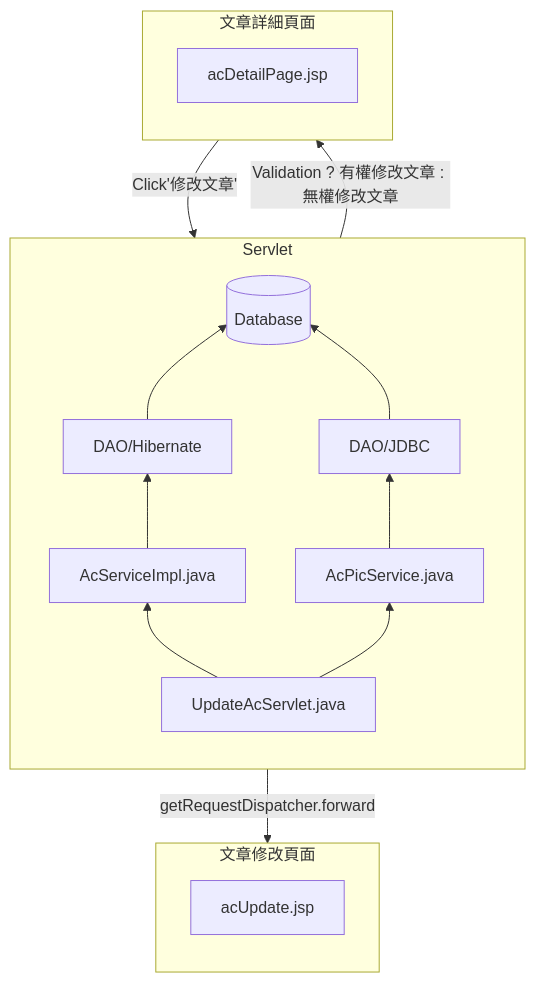
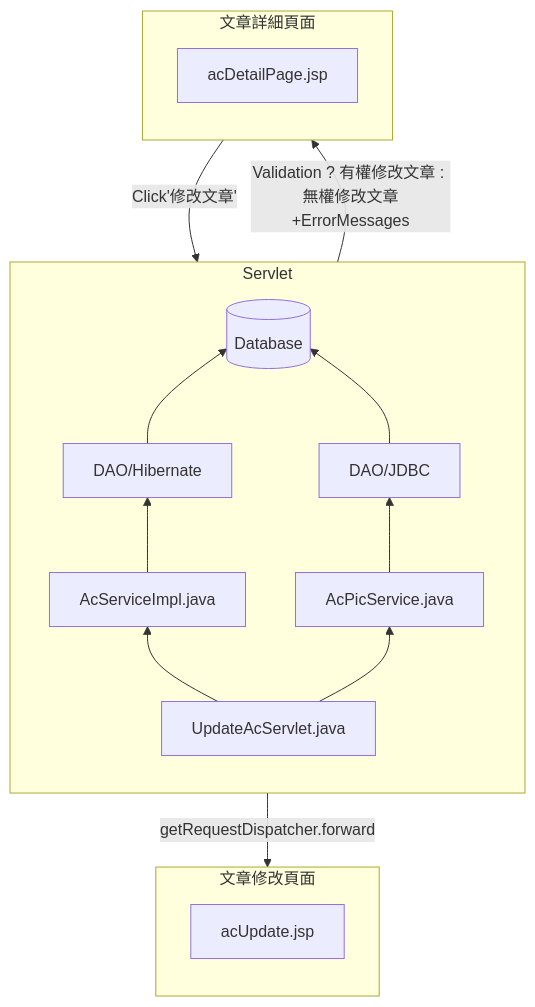
Diagram 12 of 13 in README.md (TLexYuW/CGA103G1OwnPart), drawn with Mermaid before and after one commit. The commit also changed other lines of this file, not shown here.

````diff
--- a/README.md
+++ b/README.md
@@ -290,28 +290,28 @@
 ```mermaid
 graph TB
 	subgraph Servlet
 	direction BT
 	UAS[UpdateAcServlet.java] --> ASI[AcServiceImpl.java] 
 	--> H[DAO/Hibernate] --> DB[(Database)]
 	end
 	
 	subgraph Servlet
 	direction BT
 	UAS[UpdateAcServlet.java] --> APS[AcPicService.java] 
 	--> DAO[DAO/JDBC] --> DB[(Database)]
 	end
 	
 	subgraph 文章修改頁面
 	direction BT
 	acU[acUpdate.jsp]
 	end
 	
 	subgraph 文章詳細頁面
 	direction BT
 	acDP[acDetailPage.jsp]
 	end
 	
 	acDP -->|Click'修改文章'| UAS
-	UAS -->|Validation ? 有權修改文章 : 無權修改文章| acDP
+	UAS -->|Validation ? 有權修改文章 : 無權修改文章+ErrorMessages| acDP
 	UAS -->|getRequestDispatcher.forward| acU
 ```
````
